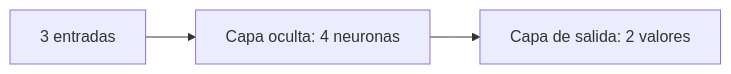
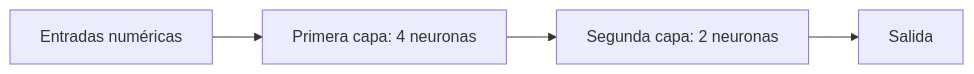
Before and after one commit to jesusmanueldl/como-funciona-la-ia: the diagram in docs/04-calculo-de-parametros.md, drawn with Mermaid. The commit also changed other lines of this file and 30 other files, not shown here.

````diff
--- a/docs/04-calculo-de-parametros.md
+++ b/docs/04-calculo-de-parametros.md
@@ -5,5 +9,6 @@
 ```mermaid
 flowchart LR
-  X[3 entradas] --> H[Capa oculta: 4 neuronas]
-  H --> Y[Capa de salida: 2 valores]
+  X[Entradas numéricas] --> H1[Primera capa: 4 neuronas]
+  H1 --> H2[Segunda capa: 2 neuronas]
+  H2 --> Y[Salida]
 ```
````
